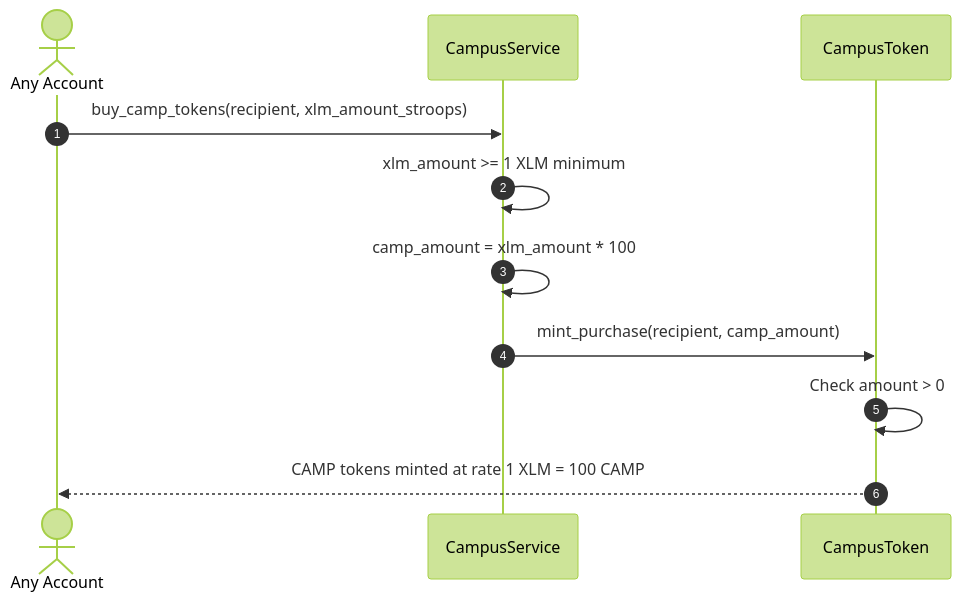
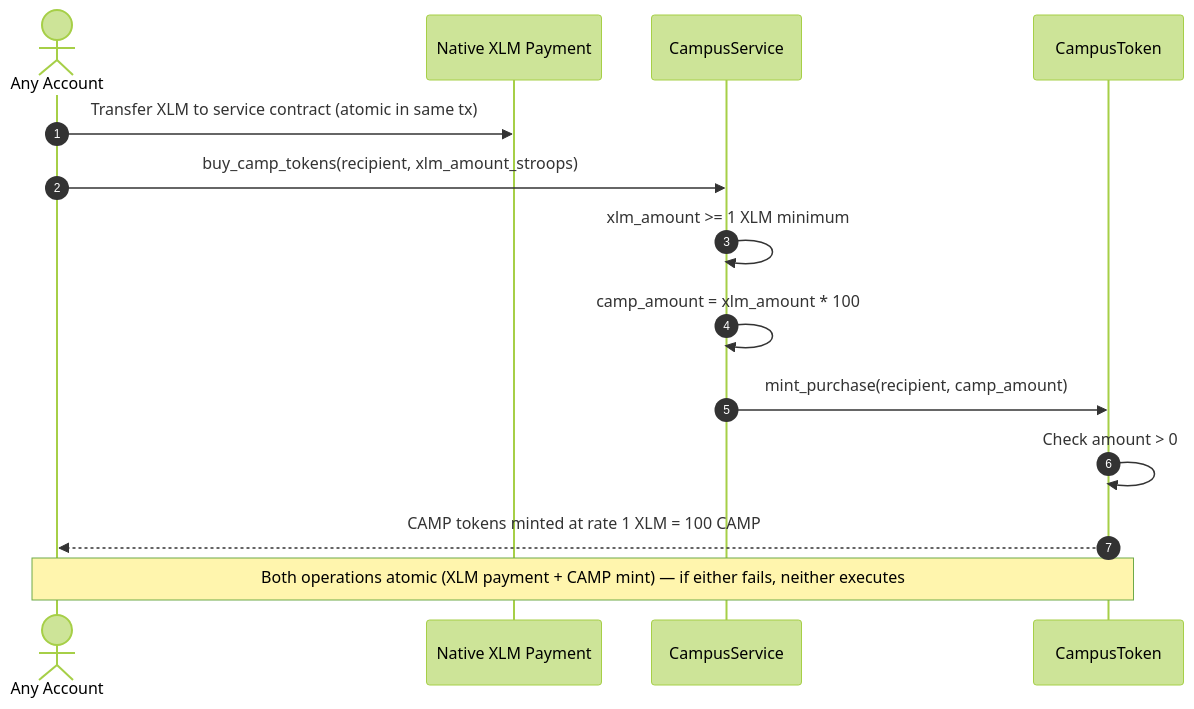
Before and after one commit to sandipansingh/CampusChain: the fourth of 4 diagrams in README.md, drawn with Mermaid (forest theme). The commit also changed other lines of this file and 11 other files, not shown here.

First line of the commit message:
feat(campus-token): add role change request and approval flow

````diff
--- a/README.md
+++ b/README.md
@@ -104,14 +104,17 @@
 ```mermaid
 sequenceDiagram
     autonumber
     actor User as Any Account
+    participant PN as Native XLM Payment
     participant SC as CampusService
     participant TC as CampusToken
 
+    User->>PN: Transfer XLM to service contract (atomic in same tx)
     User->>SC: buy_camp_tokens(recipient, xlm_amount_stroops)
     SC->>SC: xlm_amount >= 1 XLM minimum
     SC->>SC: camp_amount = xlm_amount * 100
     SC->>TC: mint_purchase(recipient, camp_amount)
     TC->>TC: Check amount > 0
     TC-->>User: CAMP tokens minted at rate 1 XLM = 100 CAMP
+    Note over User,TC: Both operations atomic (XLM payment + CAMP mint) — if either fails, neither executes
 ```
````
